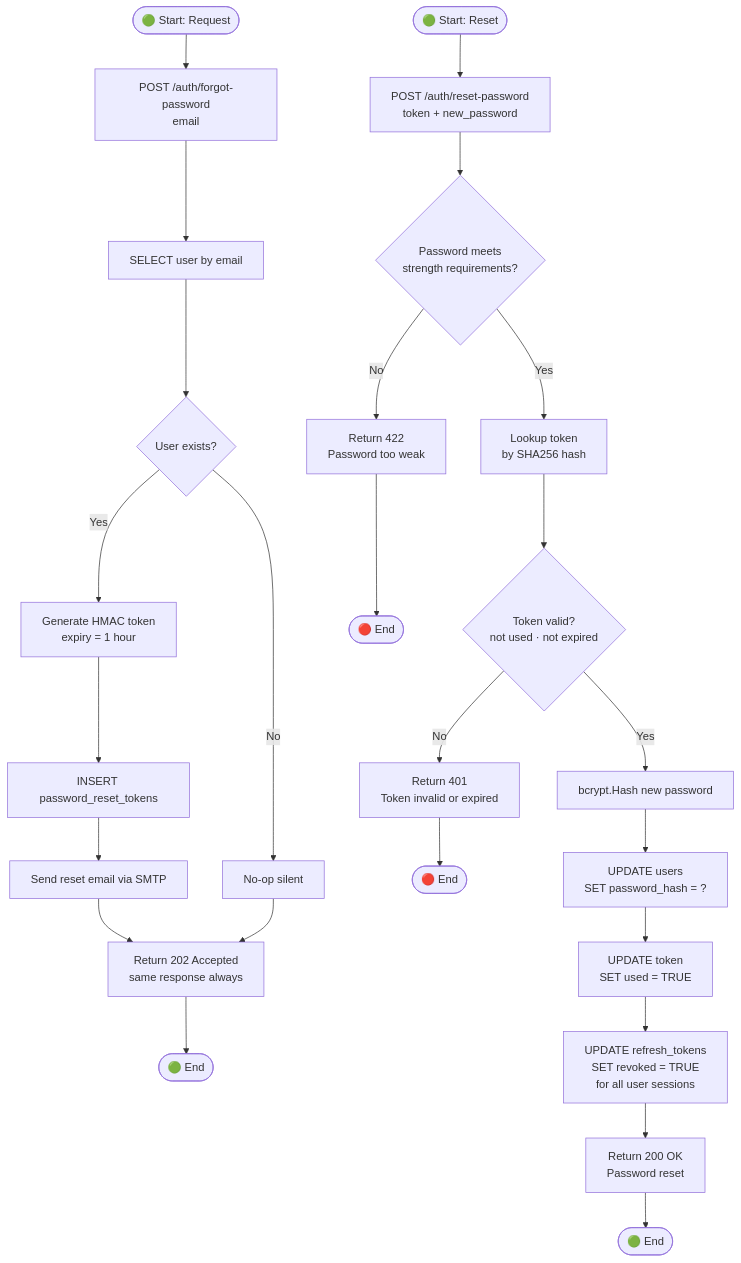
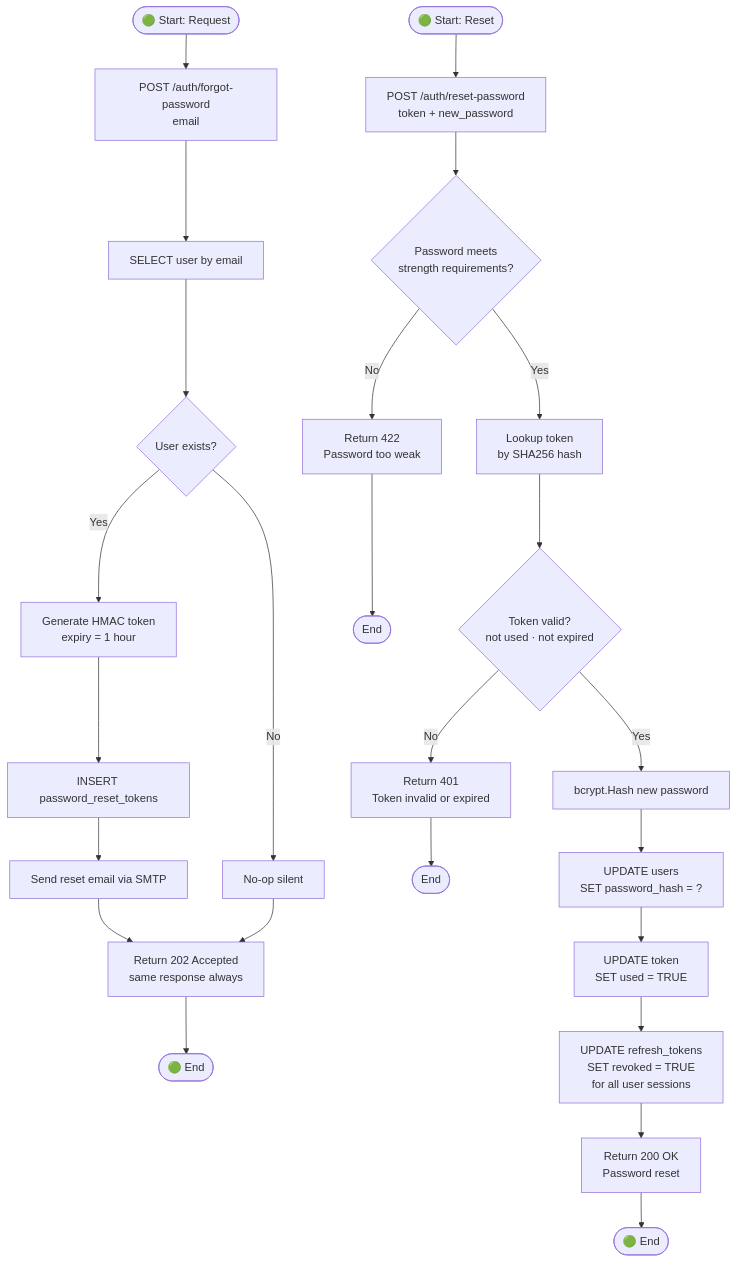
The seventh of 9 diagrams in docs/diagrams/Activity_Diagrams.md (ABDELRAHMAN-ELRAYES/Vai), drawn with Mermaid before and after one commit. The commit also changed other lines of this file and 14 other files, not shown here.

````diff
--- a/docs/diagrams/Activity_Diagrams.md
+++ b/docs/diagrams/Activity_Diagrams.md
@@ -258,30 +269,30 @@
 ```mermaid
 flowchart TD
     StartReq([🟢 Start: Request]) --> A[POST /auth/forgot-password\nemail]
     A --> B[SELECT user by email]
     B --> C{User exists?}
     C -->|Yes| D[Generate HMAC token\nexpiry = 1 hour]
     D --> E[INSERT password_reset_tokens]
     E --> F[Send reset email via SMTP]
     C -->|No| G[No-op silent]
     F --> H[Return 202 Accepted\nsame response always]
     G --> H
     H --> End1([🟢 End])
 
     StartReset([🟢 Start: Reset]) --> I[POST /auth/reset-password\ntoken + new_password]
     I --> J{Password meets\nstrength requirements?}
     J -->|No| K[Return 422\nPassword too weak]
-    K --> End2([🔴 End])
+    K --> End2([End])
 
     J -->|Yes| L[Lookup token\nby SHA256 hash]
     L --> M{Token valid?\nnot used · not expired}
     M -->|No| N[Return 401\nToken invalid or expired]
-    N --> End3([🔴 End])
+    N --> End3([End])
 
     M -->|Yes| O[bcrypt.Hash new password]
     O --> P[UPDATE users\nSET password_hash = ?]
     P --> Q[UPDATE token\nSET used = TRUE]
     Q --> R[UPDATE refresh_tokens\nSET revoked = TRUE\nfor all user sessions]
     R --> S[Return 200 OK\nPassword reset]
     S --> End4([🟢 End])
 ```
````
